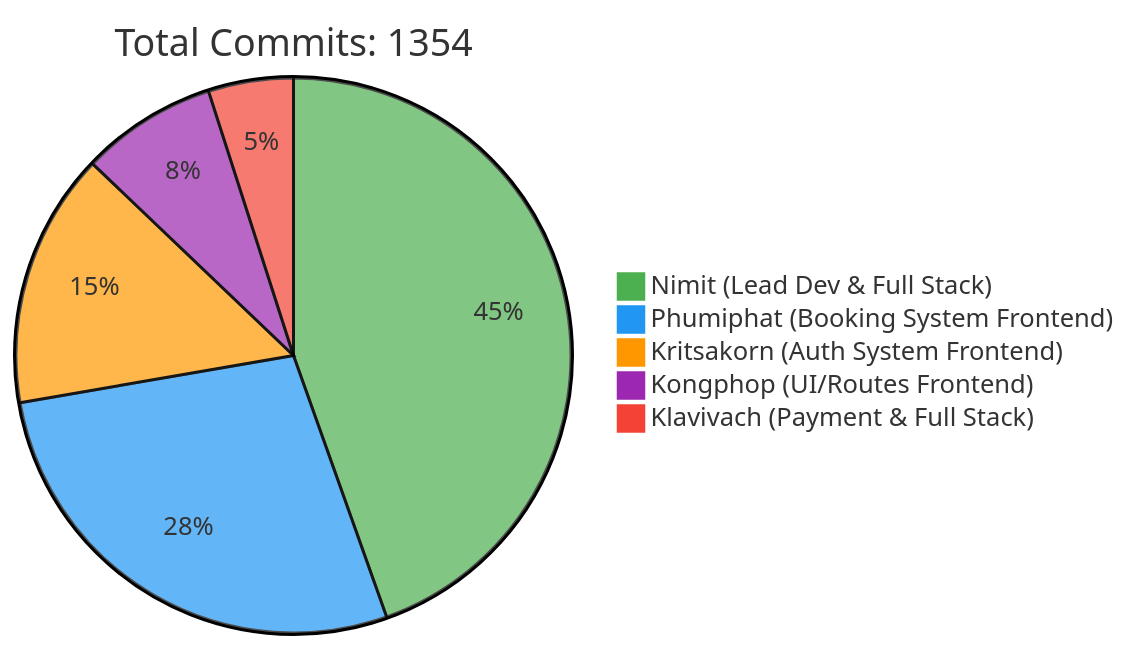
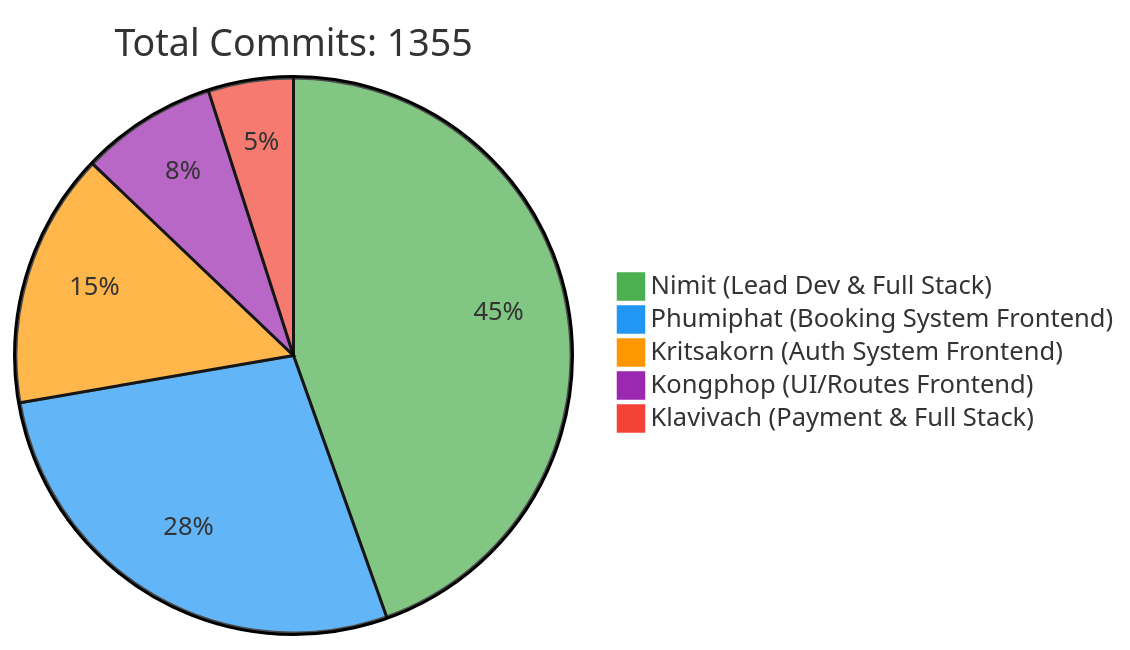
The first of 2 diagrams in README.md (6531503042/Sport-Complex), drawn with Mermaid before and after one commit. The commit also changed other lines of this file, not shown here.

Commit message:
docs: Update contributor statistics [skip ci]

````diff
--- a/README.md
+++ b/README.md
@@ -257,10 +257,10 @@
 ```mermaid
 %%{init: {'theme': 'base', 'themeVariables': { 'pie1': '#4CAF50', 'pie2': '#2196F3', 'pie3': '#FF9800', 'pie4': '#9C27B0', 'pie5': '#F44336'}}}%%
 pie
-    title Total Commits: 1354
+    title Total Commits: 1355
     "Nimit (Lead Dev & Full Stack)" : 450
     "Phumiphat (Booking System Frontend)" : 280
     "Kritsakorn (Auth System Frontend)" : 150
     "Kongphop (UI/Routes Frontend)" : 80
     "Klavivach (Payment & Full Stack)" : 50
 ```
````
